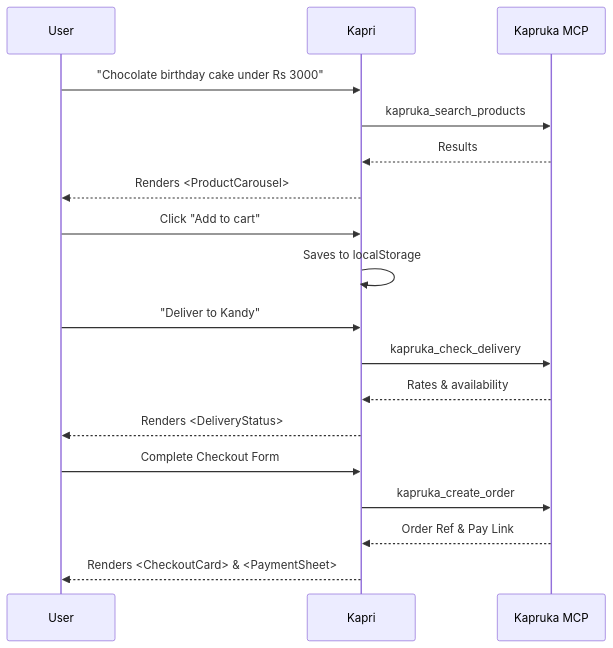
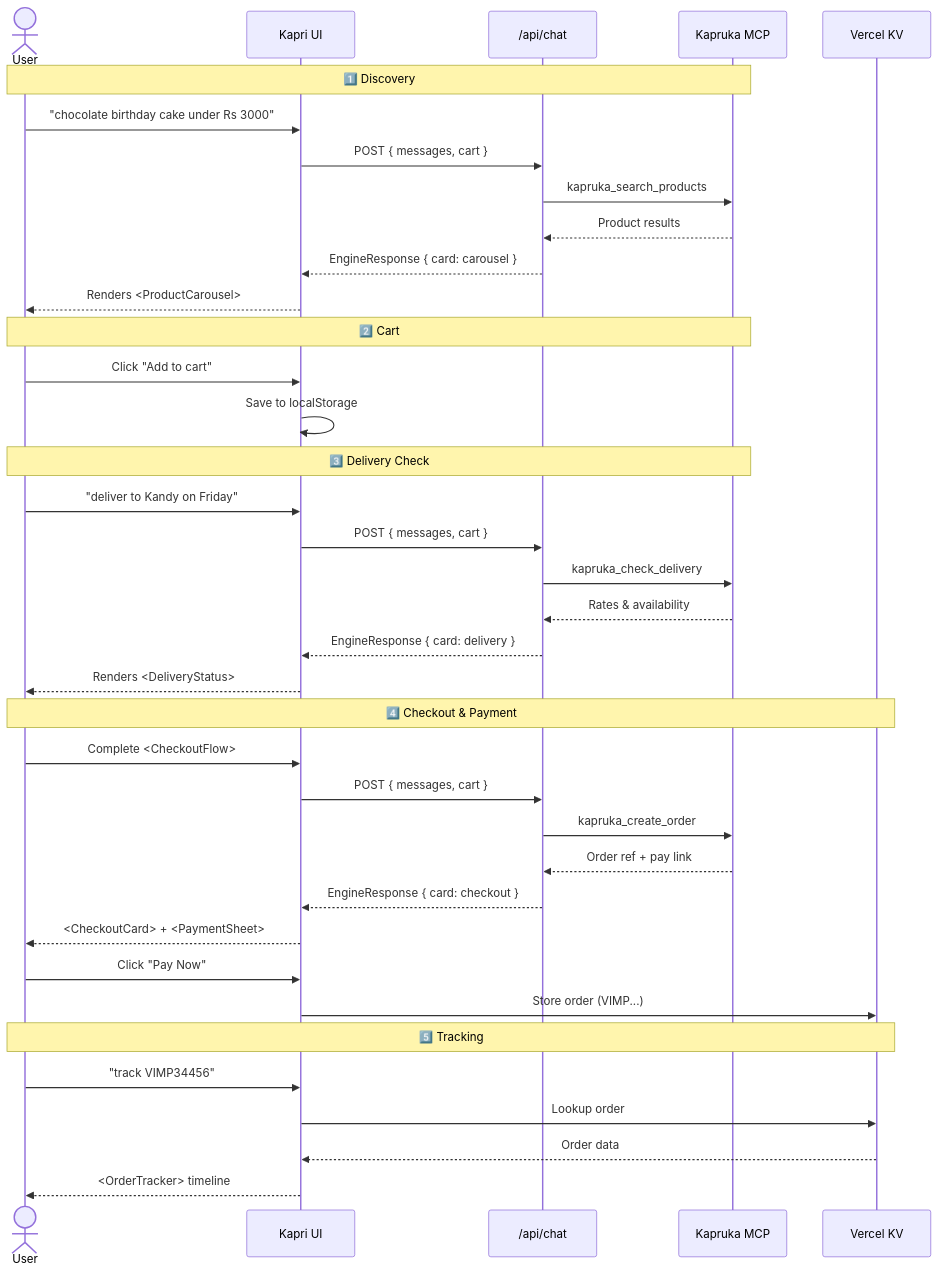
One commit to LasaKaru/kapri changed the third of 3 diagrams in README.md. Above: the diagram before and after it, drawn with Mermaid. The commit also changed other lines of this file, not shown here.

Commit message:
docs: update README with tech stack adjustments, new seasonal features, and revised architecture diagrams

````diff
--- a/README.md
+++ b/README.md
@@ -112,24 +110,44 @@
 ```mermaid
 sequenceDiagram
-    participant User
-    participant Kapri
+    actor User
+    participant Kapri as Kapri UI
+    participant API as /api/chat
     participant MCP as Kapruka MCP
-    
-    User->>Kapri: "Chocolate birthday cake under Rs 3000"
-    Kapri->>MCP: kapruka_search_products
-    MCP-->>Kapri: Results
+    participant KV as Vercel KV
+
+    Note over User,MCP: 1️⃣ Discovery
+    User->>Kapri: "chocolate birthday cake under Rs 3000"
+    Kapri->>API: POST { messages, cart }
+    API->>MCP: kapruka_search_products
+    MCP-->>API: Product results
+    API-->>Kapri: EngineResponse { card: carousel }
     Kapri-->>User: Renders <ProductCarousel>
-    
+
+    Note over User,MCP: 2️⃣ Cart
     User->>Kapri: Click "Add to cart"
-    Kapri->>Kapri: Saves to localStorage
-    
-    User->>Kapri: "Deliver to Kandy"
-    Kapri->>MCP: kapruka_check_delivery
-    MCP-->>Kapri: Rates & availability
+    Kapri->>Kapri: Save to localStorage
+
+    Note over User,MCP: 3️⃣ Delivery Check
+    User->>Kapri: "deliver to Kandy on Friday"
+    Kapri->>API: POST { messages, cart }
+    API->>MCP: kapruka_check_delivery
+    MCP-->>API: Rates & availability
+    API-->>Kapri: EngineResponse { card: delivery }
     Kapri-->>User: Renders <DeliveryStatus>
-    
-    User->>Kapri: Complete Checkout Form
-    Kapri->>MCP: kapruka_create_order
-    MCP-->>Kapri: Order Ref & Pay Link
-    Kapri-->>User: Renders <CheckoutCard> & <PaymentSheet>
+
+    Note over User,KV: 4️⃣ Checkout & Payment
+    User->>Kapri: Complete <CheckoutFlow>
+    Kapri->>API: POST { messages, cart }
+    API->>MCP: kapruka_create_order
+    MCP-->>API: Order ref + pay link
+    API-->>Kapri: EngineResponse { card: checkout }
+    Kapri-->>User: <CheckoutCard> + <PaymentSheet>
+    User->>Kapri: Click "Pay Now"
+    Kapri->>KV: Store order (VIMP...)
+
+    Note over User,KV: 5️⃣ Tracking
+    User->>Kapri: "track VIMP34456"
+    Kapri->>KV: Lookup order
+    KV-->>Kapri: Order data
+    Kapri-->>User: <OrderTracker> timeline
 ```
````
